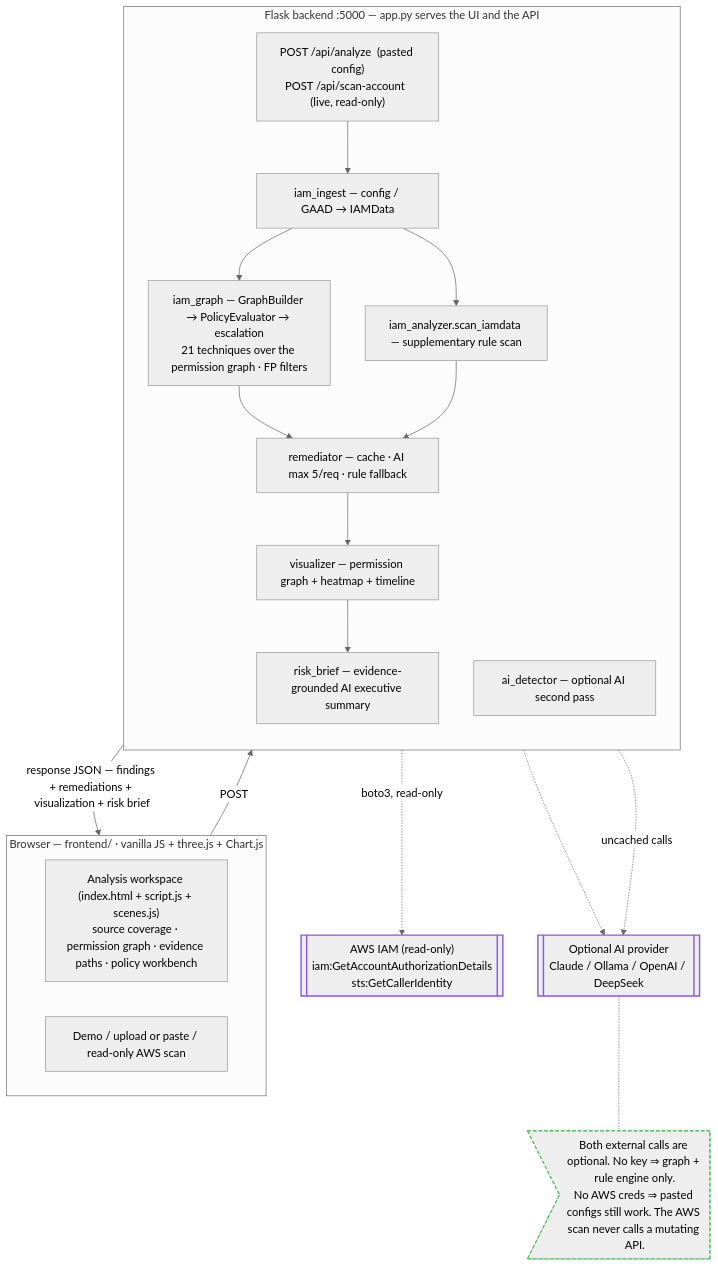
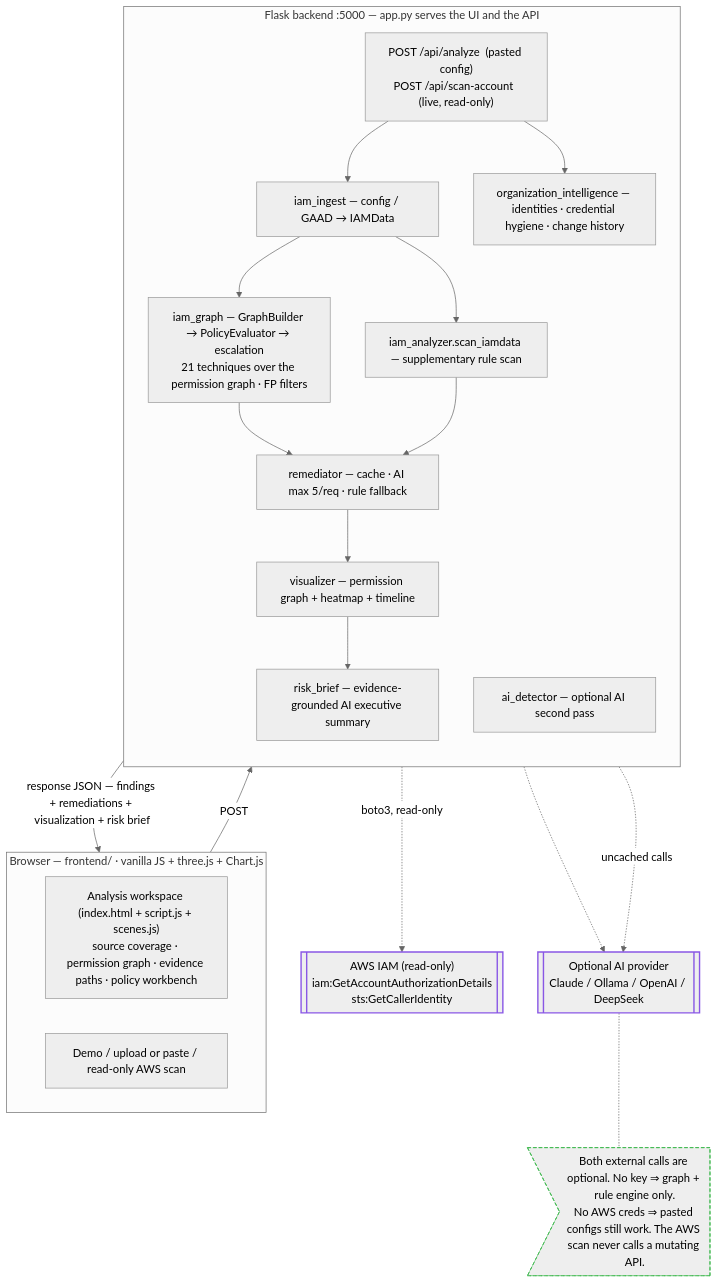
One commit to adnannazirahmed/Winnow-1.1 changed the diagram in README.md. Above: the diagram before and after it, drawn with Mermaid (neutral theme). The commit also changed other lines of this file and 12 other files, not shown here.

Commit message:
Add organization identity intelligence

````diff
--- a/README.md
+++ b/README.md
@@ -30,38 +30,40 @@
 ```mermaid
 flowchart TB
     subgraph browser["Browser — frontend/ · vanilla JS + three.js + Chart.js"]
         direction LR
         ui["Analysis workspace (index.html + script.js + scenes.js)<br/>source coverage · permission graph · evidence paths · policy workbench"]
         sources["Demo / upload or paste / read-only AWS scan"]
     end
 
     subgraph backend["Flask backend :5000 — app.py serves the UI and the API"]
         direction TB
         api["POST /api/analyze  (pasted config)<br/>POST /api/scan-account  (live, read-only)"]
         ingest["iam_ingest — config / GAAD → IAMData"]
         grapheng["iam_graph — GraphBuilder → PolicyEvaluator → escalation<br/>21 techniques over the permission graph · FP filters"]
         rules["iam_analyzer.scan_iamdata — supplementary rule scan"]
         detector["ai_detector — optional AI second pass"]
         remediator["remediator — cache · AI max 5/req · rule fallback"]
         brief["risk_brief — evidence-grounded AI executive summary"]
+        org["organization_intelligence — identities · credential hygiene · change history"]
         visualizer["visualizer — permission graph + heatmap + timeline"]
         api --> ingest --> grapheng --> remediator --> visualizer --> brief
         ingest --> rules --> remediator
+        api --> org
     end
 
     aws[["AWS IAM (read-only)<br/>iam:GetAccountAuthorizationDetails<br/>sts:GetCallerIdentity"]]
     ai[["Optional AI provider<br/>Claude / Ollama / OpenAI / DeepSeek"]]
     note>"Both external calls are optional. No key ⇒ graph + rule engine only.<br/>No AWS creds ⇒ pasted configs still work. The AWS scan never calls a mutating API."]
 
     sources -->|"POST"| api
     brief -->|"response JSON — findings + remediations + visualization + risk brief"| ui
     api -.->|"boto3, read-only"| aws
     detector -.-> ai
     remediator -.->|"uncached calls"| ai
     ai -.- note
 
     classDef external stroke:#8957e5,stroke-width:2px
     classDef muted stroke:#3fb950,stroke-width:1px,stroke-dasharray:5 3
     class aws,ai external
     class note muted
 ```
````
